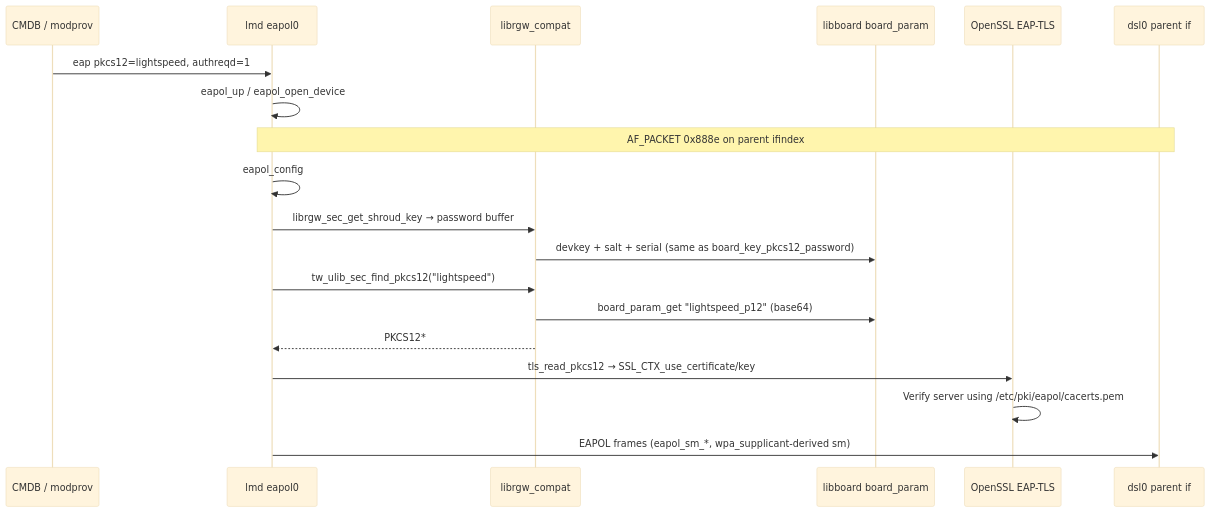
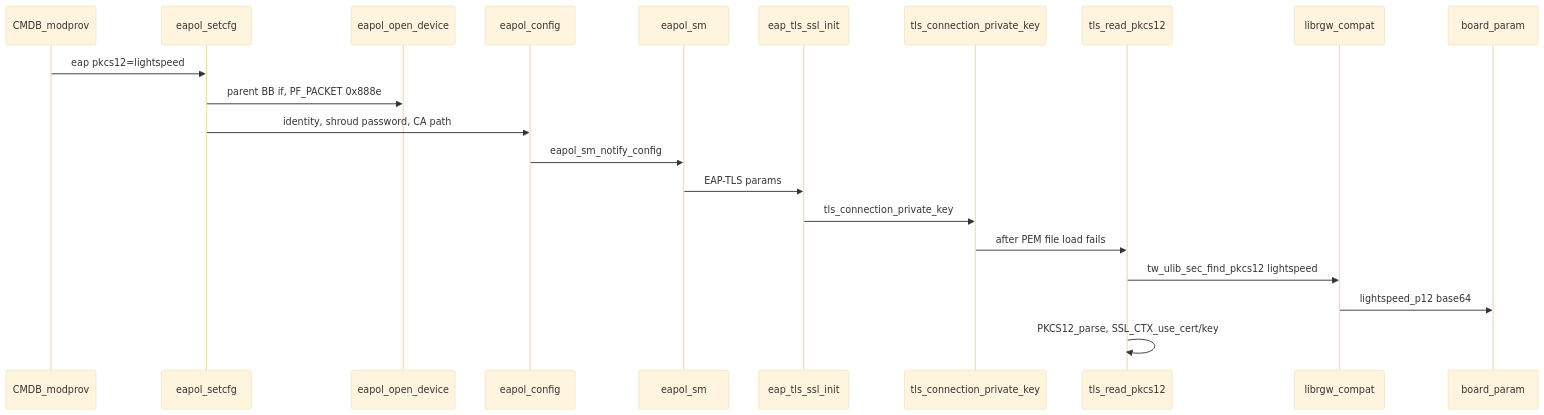
Before and after one commit to b1tninja/5268ac: the diagram in reference/eapol_8021x_p12.md, drawn with Mermaid (base theme). The commit also changed other lines of this file and 53 other files, not shown here.

````diff
--- a/reference/eapol_8021x_p12.md
+++ b/reference/eapol_8021x_p12.md
@@ -120,22 +120,24 @@
 ```mermaid
 sequenceDiagram
-  participant CM as CMDB / modprov
-  participant LMD as lmd eapol0
+  participant CM as CMDB_modprov
+  participant SetCfg as eapol_setcfg
+  participant Open as eapol_open_device
+  participant Cfg as eapol_config
+  participant SM as eapol_sm
+  participant EAP as eap_tls_ssl_init
+  participant TLS as tls_connection_private_key
+  participant P12 as tls_read_pkcs12
   participant ULIB as librgw_compat
-  participant BOARD as libboard board_param
-  participant SSL as OpenSSL EAP-TLS
-  participant WAN as dsl0 parent if
+  participant BOARD as board_param
 
-  CM->>LMD: eap pkcs12=lightspeed, authreqd=1
-  LMD->>LMD: eapol_up / eapol_open_device
-  Note over LMD,WAN: AF_PACKET 0x888e on parent ifindex
-  LMD->>LMD: eapol_config
-  LMD->>ULIB: librgw_sec_get_shroud_key → password buffer
-  ULIB->>BOARD: devkey + salt + serial (same as board_key_pkcs12_password)
-  LMD->>ULIB: tw_ulib_sec_find_pkcs12("lightspeed")
-  ULIB->>BOARD: board_param_get "lightspeed_p12" (base64)
-  ULIB-->>LMD: PKCS12*
-  LMD->>SSL: tls_read_pkcs12 → SSL_CTX_use_certificate/key
-  SSL->>SSL: Verify server using /etc/pki/eapol/cacerts.pem
-  LMD->>WAN: EAPOL frames (eapol_sm_*, wpa_supplicant-derived sm)
+  CM->>SetCfg: eap pkcs12=lightspeed
+  SetCfg->>Open: parent BB if, PF_PACKET 0x888e
+  SetCfg->>Cfg: identity, shroud password, CA path
+  Cfg->>SM: eapol_sm_notify_config
+  SM->>EAP: EAP-TLS params
+  EAP->>TLS: tls_connection_private_key
+  TLS->>P12: after PEM file load fails
+  P12->>ULIB: tw_ulib_sec_find_pkcs12 lightspeed
+  ULIB->>BOARD: lightspeed_p12 base64
+  P12->>P12: PKCS12_parse, SSL_CTX_use_cert/key
 ```
````
